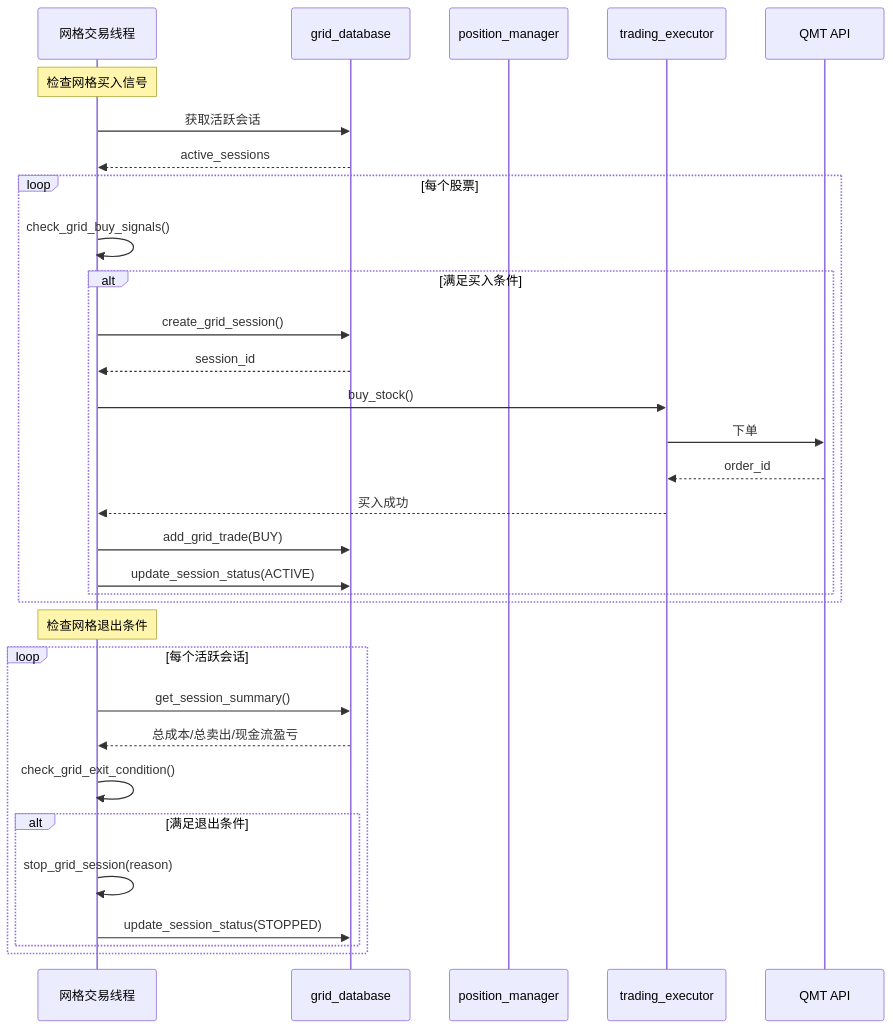
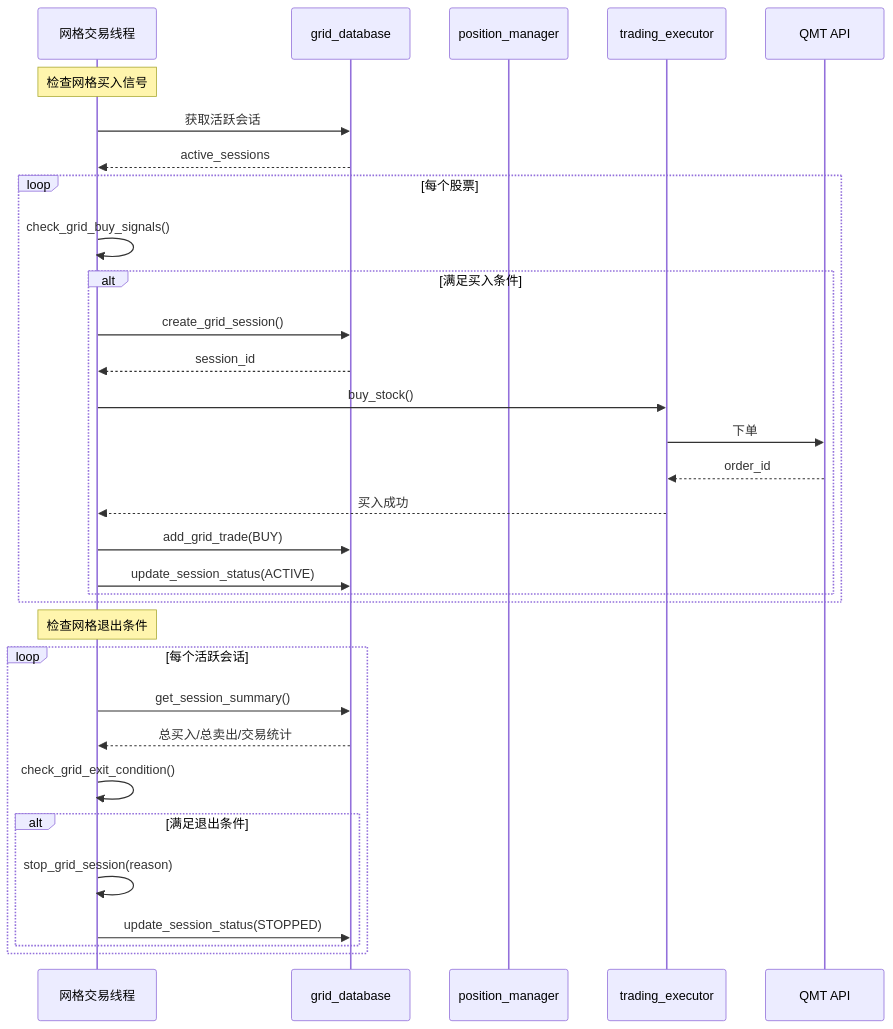
One commit to vincentqin-sys/miniQMT changed the tenth of 10 diagrams in ARCHITECTURE.md. Above: the diagram before and after it, drawn with Mermaid. The commit also changed other lines of this file and 4 other files, not shown here.

````diff
--- a/ARCHITECTURE.md
+++ b/ARCHITECTURE.md
@@ -701,39 +701,39 @@
 ```mermaid
 sequenceDiagram
     participant GT as 网格交易线程
     participant GDB as grid_database
     participant PM as position_manager
     participant TE as trading_executor
     participant QMT as QMT API
 
     Note over GT: 检查网格买入信号
 
     GT->>GDB: 获取活跃会话
     GDB-->>GT: active_sessions
 
     loop 每个股票
         GT->>GT: check_grid_buy_signals()
         alt 满足买入条件
             GT->>GDB: create_grid_session()
             GDB-->>GT: session_id
             GT->>TE: buy_stock()
             TE->>QMT: 下单
             QMT-->>TE: order_id
             TE-->>GT: 买入成功
             GT->>GDB: add_grid_trade(BUY)
             GT->>GDB: update_session_status(ACTIVE)
         end
     end
 
     Note over GT: 检查网格退出条件
 
     loop 每个活跃会话
         GT->>GDB: get_session_summary()
-        GDB-->>GT: 总成本/总卖出/现金流盈亏
+        GDB-->>GT: 总买入/总卖出/交易统计
         GT->>GT: check_grid_exit_condition()
         alt 满足退出条件
             GT->>GT: stop_grid_session(reason)
             GT->>GDB: update_session_status(STOPPED)
         end
     end
 ```
````
